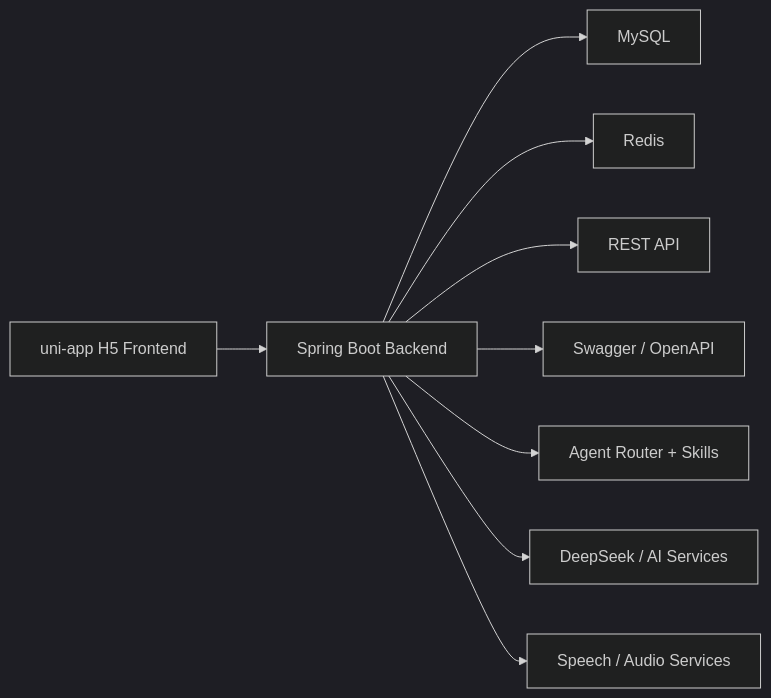
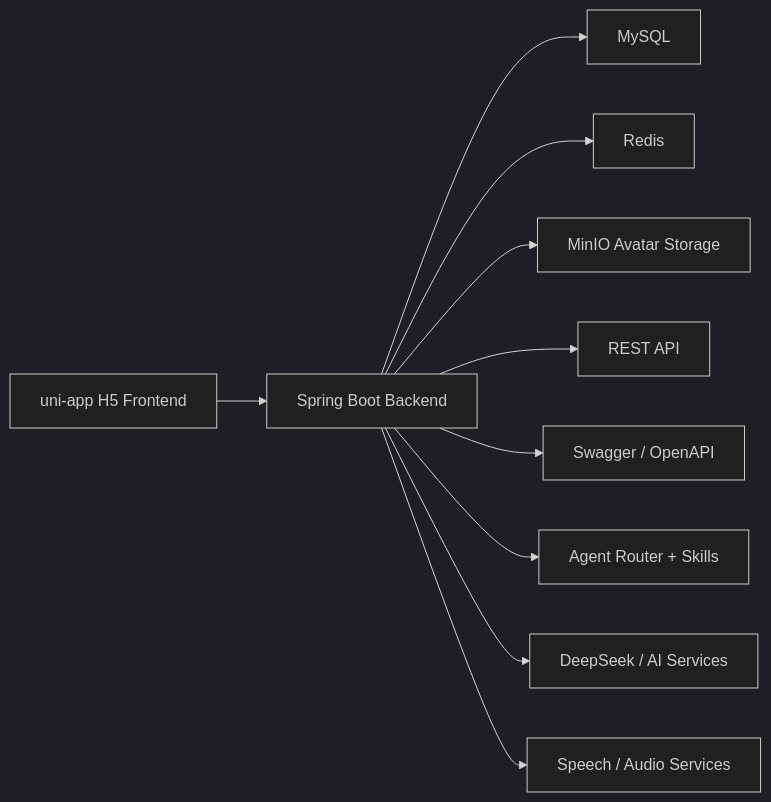
Before and after one commit to MenXiaoHuan/interview_agent: the diagram in README.md, drawn with Mermaid (dark theme). The commit also changed other lines of this file and 1 other file, not shown here.

````diff
--- a/README.md
+++ b/README.md
@@ -53,11 +53,12 @@
 ```mermaid
 flowchart LR
     A[uni-app H5 Frontend] --> B[Spring Boot Backend]
     B --> C[MySQL]
     B --> D[Redis]
-    B --> E[REST API]
-    B --> F[Swagger / OpenAPI]
-    B --> G[Agent Router + Skills]
-    B --> H[DeepSeek / AI Services]
-    B --> I[Speech / Audio Services]
+    B --> E[MinIO Avatar Storage]
+    B --> F[REST API]
+    B --> G[Swagger / OpenAPI]
+    B --> H[Agent Router + Skills]
+    B --> I[DeepSeek / AI Services]
+    B --> J[Speech / Audio Services]
 ```
````
